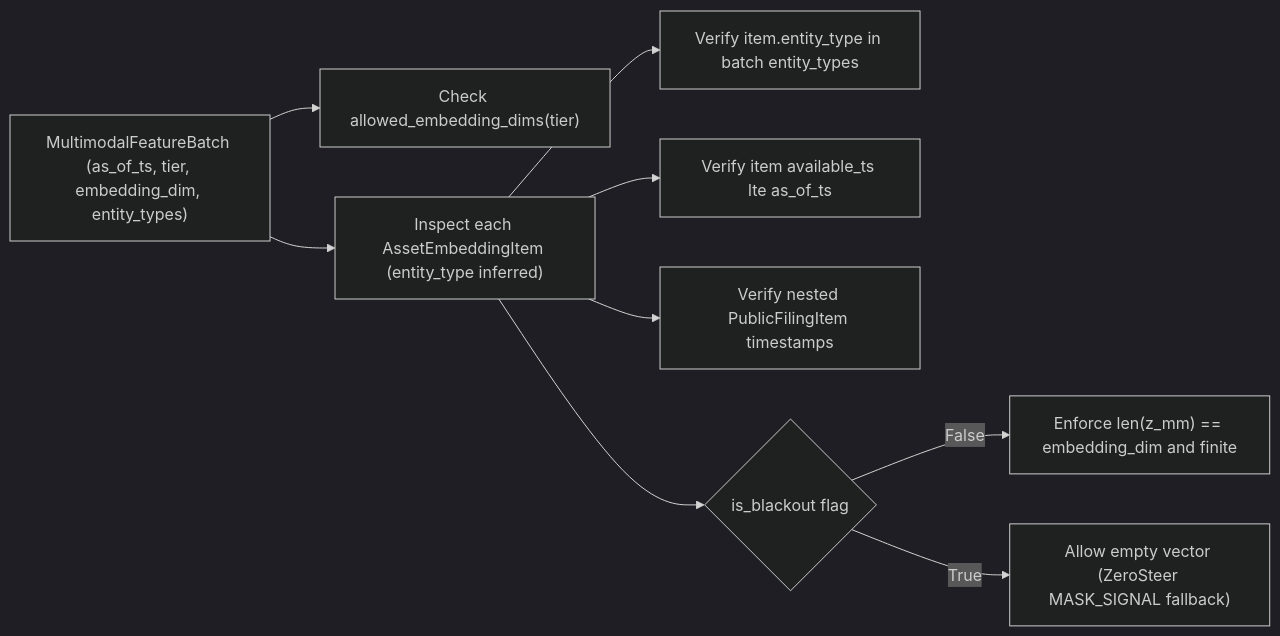
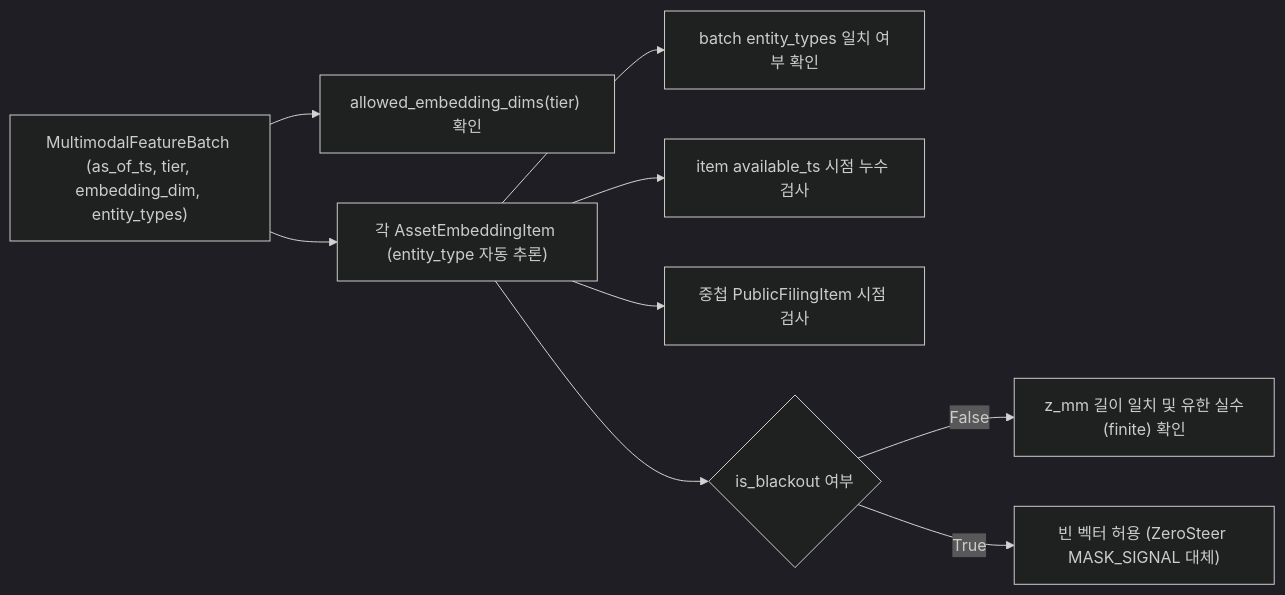
The diagram in openwiki/architecture/pit-and-multimodal-contracts.md (zerostreet/zerostreet-schema), drawn with Mermaid (dark theme) before and after one commit. The commit also changed other lines of this file and 12 other files, not shown here.

````diff
--- a/openwiki/architecture/pit-and-multimodal-contracts.md
+++ b/openwiki/architecture/pit-and-multimodal-contracts.md
@@ -72,11 +67,11 @@
 ```mermaid
 flowchart LR
-    BATCH["MultimodalFeatureBatch (as_of_ts, tier, embedding_dim, entity_types)"] --> TIER_CHK["Check allowed_embedding_dims(tier)"]
-    BATCH --> ITEMS["Inspect each AssetEmbeddingItem (entity_type inferred)"]
-    ITEMS --> UNIT_CHK["Verify item.entity_type in batch entity_types"]
-    ITEMS --> PIT_ITEM["Verify item available_ts lte as_of_ts"]
-    ITEMS --> PIT_FILING["Verify nested PublicFilingItem timestamps"]
-    ITEMS --> BLACKOUT{"is_blackout flag"}
-    BLACKOUT -- "False" --> DIM_CHK["Enforce len(z_mm) == embedding_dim and finite"]
-    BLACKOUT -- "True" --> PASS["Allow empty vector (ZeroSteer MASK_SIGNAL fallback)"]
+    BATCH["MultimodalFeatureBatch (as_of_ts, tier, embedding_dim, entity_types)"] --> TIER_CHK["allowed_embedding_dims(tier) 확인"]
+    BATCH --> ITEMS["각 AssetEmbeddingItem (entity_type 자동 추론)"]
+    ITEMS --> UNIT_CHK["batch entity_types 일치 여부 확인"]
+    ITEMS --> PIT_ITEM["item available_ts 시점 누수 검사"]
+    ITEMS --> PIT_FILING["중첩 PublicFilingItem 시점 검사"]
+    ITEMS --> BLACKOUT{"is_blackout 여부"}
+    BLACKOUT -- "False" --> DIM_CHK["z_mm 길이 일치 및 유한 실수(finite) 확인"]
+    BLACKOUT -- "True" --> PASS["빈 벡터 허용 (ZeroSteer MASK_SIGNAL 대체)"]
 ```
````
